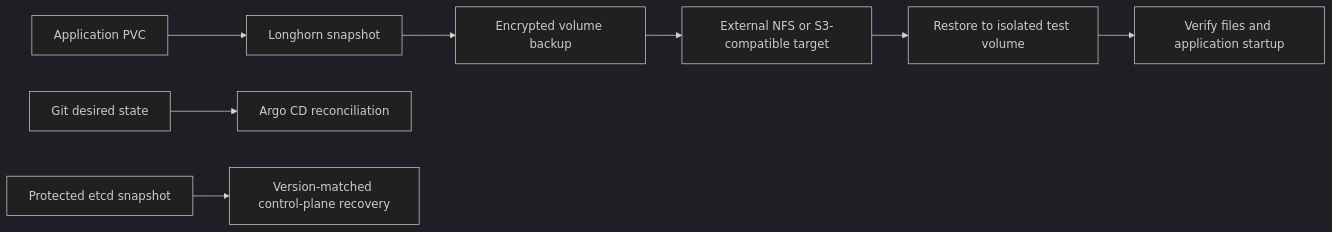
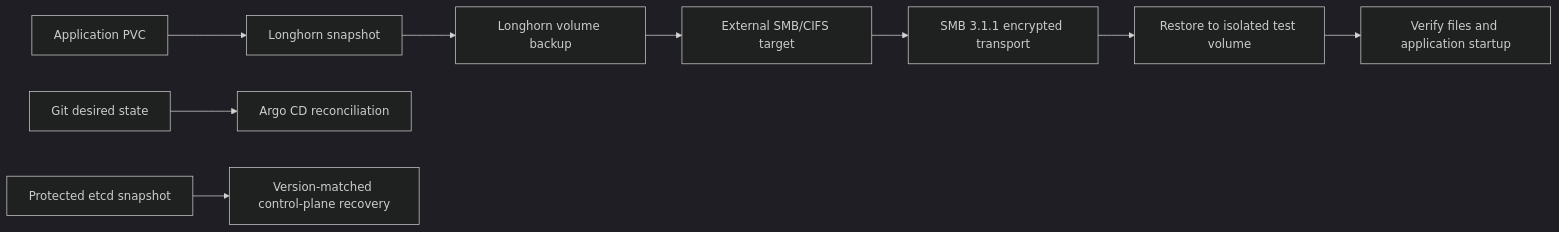
Before and after one commit to egyhaty/karm-devops: the diagram in docs/storage-and-recovery.md, drawn with Mermaid (dark theme). The commit also changed other lines of this file and 3 other files, not shown here.

Commit message:
docs(storage): record verified SMB backup recovery

````diff
--- a/docs/storage-and-recovery.md
+++ b/docs/storage-and-recovery.md
@@ -19,10 +19,11 @@
 ```mermaid
 flowchart LR
   App[Application PVC] --> Snapshot[Longhorn snapshot]
-  Snapshot --> Encrypt[Encrypted volume backup]
-  Encrypt --> Target[External NFS or S3-compatible target]
-  Target --> Restore[Restore to isolated test volume]
+  Snapshot --> Backup[Longhorn volume backup]
+  Backup --> Target[External SMB/CIFS target]
+  Target --> Transit[SMB 3.1.1 encrypted transport]
+  Transit --> Restore[Restore to isolated test volume]
   Restore --> Verify[Verify files and application startup]
   Git[Git desired state] --> Reconcile[Argo CD reconciliation]
   Etcd[Protected etcd snapshot] --> ControlPlane[Version-matched control-plane recovery]
 ```
````
